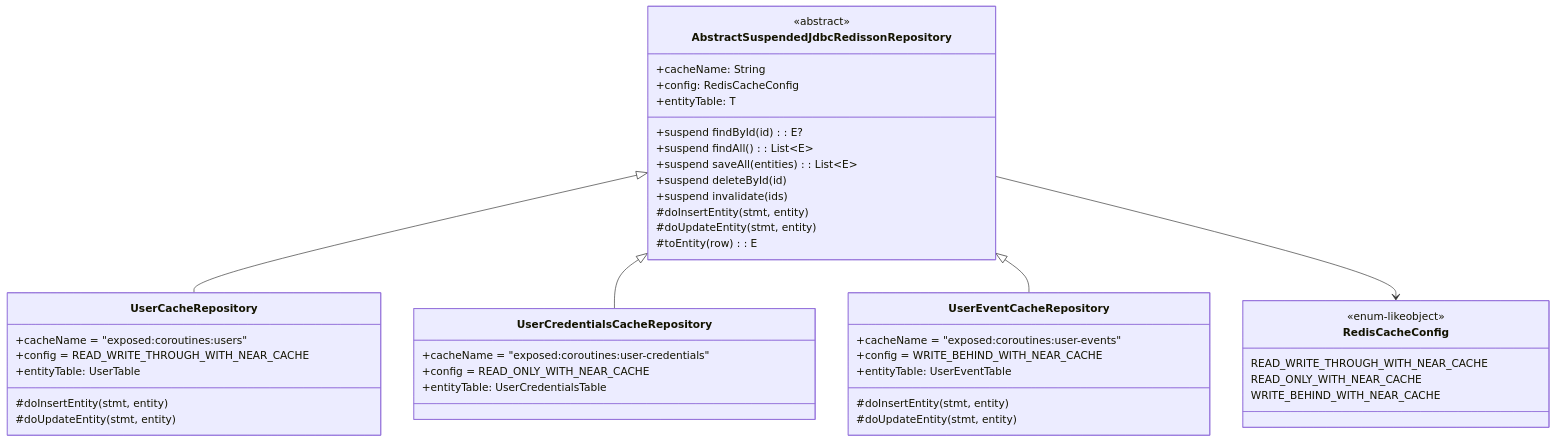
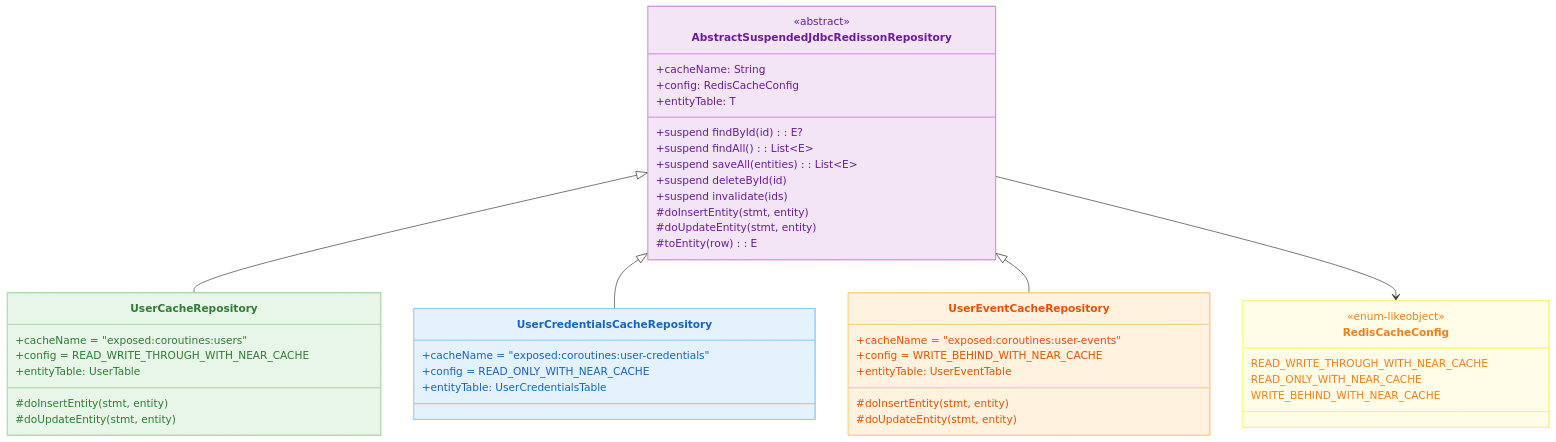
One commit to bluetape4k/exposed-workshop changed the second of 4 diagrams in 11-high-performance/02-cache-strategies-coroutines/README.md. Above: the diagram before and after it, drawn with Mermaid. The commit also changed other lines of this file and 56 other files, not shown here.

First line of the commit message:
docs: 전체 README mermaid 다이어그램에 파스텔 톤 색상 적용

````diff
--- a/11-high-performance/02-cache-strategies-coroutines/README.md
+++ b/11-high-performance/02-cache-strategies-coroutines/README.md
@@ -69,51 +81,57 @@
 ```mermaid
 classDiagram
     class AbstractSuspendedJdbcRedissonRepository {
         <<abstract>>
         +cacheName: String
         +config: RedisCacheConfig
         +entityTable: T
         +suspend findById(id): E?
         +suspend findAll(): List~E~
         +suspend saveAll(entities): List~E~
         +suspend deleteById(id)
         +suspend invalidate(ids)
         #doInsertEntity(stmt, entity)
         #doUpdateEntity(stmt, entity)
         #toEntity(row): E
     }
 
     class UserCacheRepository {
         +cacheName = "exposed:coroutines:users"
         +config = READ_WRITE_THROUGH_WITH_NEAR_CACHE
         +entityTable: UserTable
         #doInsertEntity(stmt, entity)
         #doUpdateEntity(stmt, entity)
     }
 
     class UserCredentialsCacheRepository {
         +cacheName = "exposed:coroutines:user-credentials"
         +config = READ_ONLY_WITH_NEAR_CACHE
         +entityTable: UserCredentialsTable
     }
 
     class UserEventCacheRepository {
         +cacheName = "exposed:coroutines:user-events"
         +config = WRITE_BEHIND_WITH_NEAR_CACHE
         +entityTable: UserEventTable
         #doInsertEntity(stmt, entity)
         #doUpdateEntity(stmt, entity)
     }
 
     class RedisCacheConfig {
 <<enum-likeobject>>
 READ_WRITE_THROUGH_WITH_NEAR_CACHE
 READ_ONLY_WITH_NEAR_CACHE
 WRITE_BEHIND_WITH_NEAR_CACHE
 }
 
 AbstractSuspendedJdbcRedissonRepository <|-- UserCacheRepository
 AbstractSuspendedJdbcRedissonRepository <|-- UserCredentialsCacheRepository
 AbstractSuspendedJdbcRedissonRepository <|-- UserEventCacheRepository
 AbstractSuspendedJdbcRedissonRepository --> RedisCacheConfig
+
+    style AbstractSuspendedJdbcRedissonRepository fill:#F3E5F5,stroke:#CE93D8,color:#6A1B9A
+    style UserCacheRepository fill:#E8F5E9,stroke:#A5D6A7,color:#2E7D32
+    style UserCredentialsCacheRepository fill:#E3F2FD,stroke:#90CAF9,color:#1565C0
+    style UserEventCacheRepository fill:#FFF3E0,stroke:#FFCC80,color:#E65100
+    style RedisCacheConfig fill:#FFFDE7,stroke:#FFF176,color:#F57F17
 ```
````
